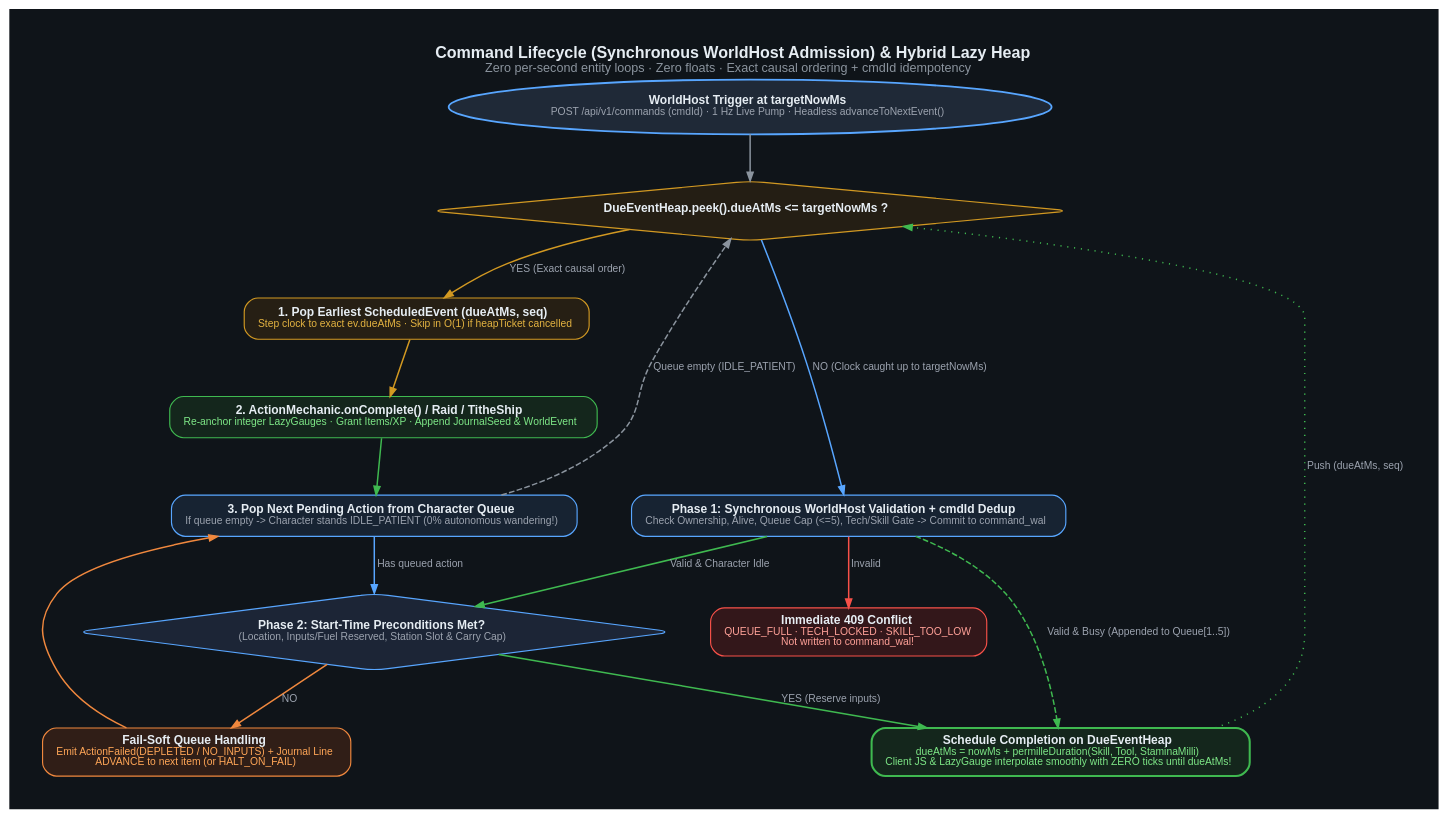
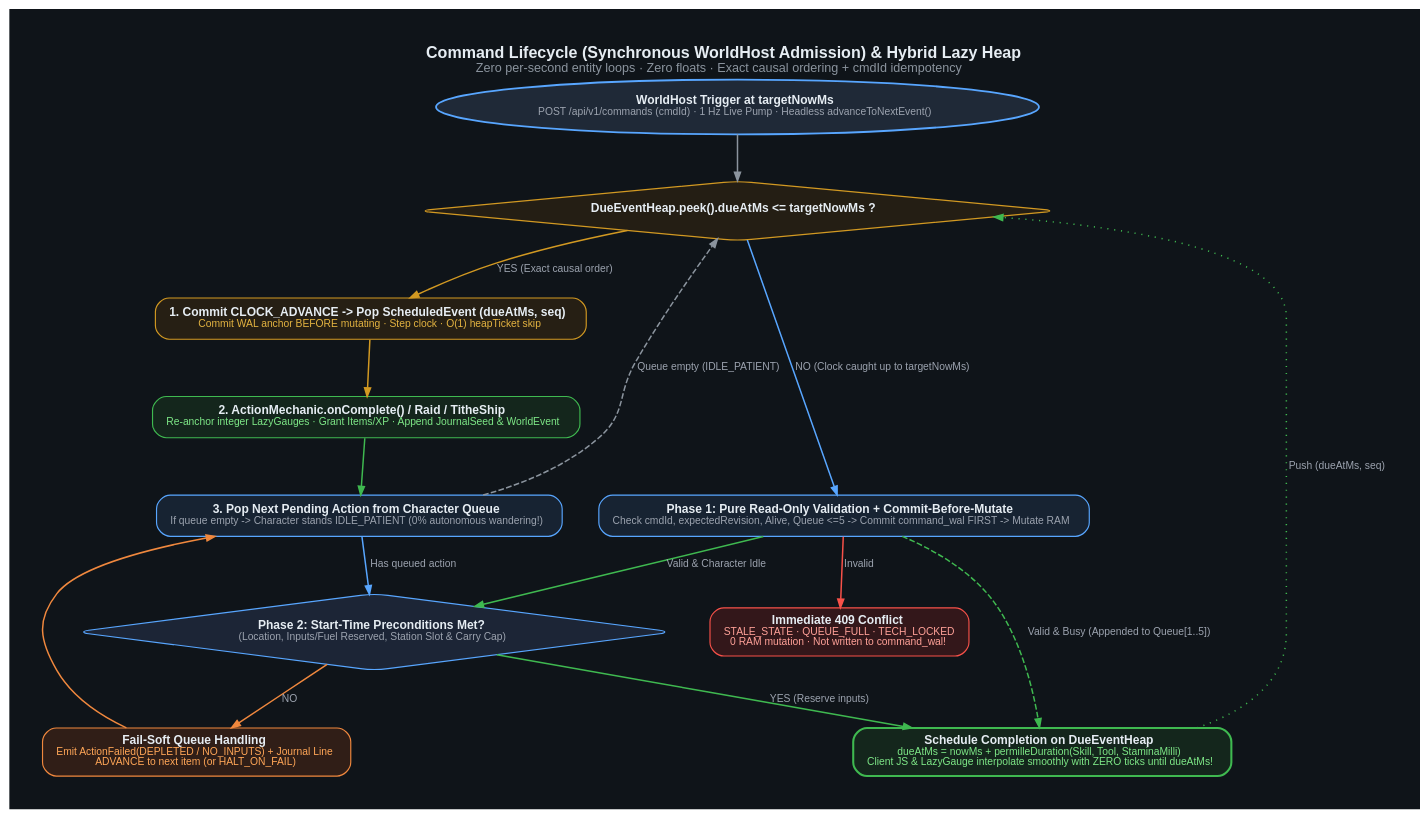
The diagram in planning/ironwood_wilds_planning/diagrams/03-command-and-lazy-heap-flow.dot (Lord-Windy/KotharWorks), drawn with Graphviz before and after one commit. The commit also changed 17 other files, not shown here.

```diff
--- a/planning/ironwood_wilds_planning/diagrams/03-command-and-lazy-heap-flow.dot
+++ b/planning/ironwood_wilds_planning/diagrams/03-command-and-lazy-heap-flow.dot
@@ -1,116 +1,116 @@
 digraph CommandAndLazyHeap {
     graph [
         rankdir=TB,
         bgcolor="#0f1419",
         fontname="Liberation Sans",
         fontsize=14,
         fontcolor="#e6edf3",
         label=<<b>Command Lifecycle (Synchronous WorldHost Admission) &amp; Hybrid Lazy Heap</b><br/><font point-size="11" color="#8b949e">Zero per-second entity loops · Zero floats · Exact causal ordering + cmdId idempotency</font>>,
         labelloc=t,
         pad="0.40",
         nodesep="0.45",
         ranksep="0.55"
     ];
 
     node [
         shape=box,
         style="rounded,filled",
         fontname="Liberation Sans",
         fontsize=10.5,
         fillcolor="#161b22",
         color="#30363d",
         fontcolor="#e6edf3",
         margin="0.16,0.10"
     ];
 
     edge [
         fontname="Liberation Sans",
         fontsize=9,
         color="#8b949e",
         fontcolor="#9ca3af",
         penwidth=1.3,
         arrowsize=0.75
     ];
 
     trigger [
         shape=oval,
         fillcolor="#1f2937",
         color="#58a6ff",
         penwidth=1.6,
         label=<<b>WorldHost Trigger at targetNowMs</b><br/><font point-size="9" color="#9ca3af">POST /api/v1/commands (cmdId) · 1 Hz Live Pump · Headless advanceToNextEvent()</font>>
     ];
 
     drain_check [
         shape=diamond,
         fillcolor="#241e14",
         color="#d29922",
         label=<<b>DueEventHeap.peek().dueAtMs &lt;= targetNowMs ?</b>>
     ];
 
     pop_event [
         fillcolor="#261f14",
         color="#d29922",
-        label=<<b>1. Pop Earliest ScheduledEvent (dueAtMs, seq)</b><br/><font point-size="9" color="#e3b341">Step clock to exact ev.dueAtMs · Skip in O(1) if heapTicket cancelled</font>>
+        label=<<b>1. Commit CLOCK_ADVANCE -&gt; Pop ScheduledEvent (dueAtMs, seq)</b><br/><font point-size="9" color="#e3b341">Commit WAL anchor BEFORE mutating · Step clock · O(1) heapTicket skip</font>>
     ];
 
     complete_action [
         fillcolor="#14261c",
         color="#3fb950",
         label=<<b>2. ActionMechanic.onComplete() / Raid / TitheShip</b><br/><font point-size="9" color="#7ee787">Re-anchor integer LazyGauges · Grant Items/XP · Append JournalSeed &amp; WorldEvent</font>>
     ];
 
     pop_next_queue [
         fillcolor="#172332",
         color="#58a6ff",
         label=<<b>3. Pop Next Pending Action from Character Queue</b><br/><font point-size="9" color="#9ca3af">If queue empty -&gt; Character stands IDLE_PATIENT (0% autonomous wandering!)</font>>
     ];
 
     phase1_val [
         fillcolor="#172332",
         color="#58a6ff",
-        label=<<b>Phase 1: Synchronous WorldHost Validation + cmdId Dedup</b><br/><font point-size="9" color="#9ca3af">Check Ownership, Alive, Queue Cap (&lt;=5), Tech/Skill Gate -&gt; Commit to command_wal</font>>
+        label=<<b>Phase 1: Pure Read-Only Validation + Commit-Before-Mutate</b><br/><font point-size="9" color="#9ca3af">Check cmdId, expectedRevision, Alive, Queue &lt;=5 -&gt; Commit command_wal FIRST -&gt; Mutate RAM</font>>
     ];
 
     reject_409 [
         fillcolor="#33171a",
         color="#f85149",
-        label=<<b>Immediate 409 Conflict</b><br/><font point-size="9" color="#ffa198">QUEUE_FULL · TECH_LOCKED · SKILL_TOO_LOW<br/>Not written to command_wal!</font>>
+        label=<<b>Immediate 409 Conflict</b><br/><font point-size="9" color="#ffa198">STALE_STATE · QUEUE_FULL · TECH_LOCKED<br/>0 RAM mutation · Not written to command_wal!</font>>
     ];
 
     phase2_val [
         shape=diamond,
         fillcolor="#1c2536",
         color="#58a6ff",
         label=<<b>Phase 2: Start-Time Preconditions Met?</b><br/><font point-size="9" color="#9ca3af">(Location, Inputs/Fuel Reserved, Station Slot &amp; Carry Cap)</font>>
     ];
 
     fail_soft [
         fillcolor="#301e17",
         color="#f0883e",
         label=<<b>Fail-Soft Queue Handling</b><br/><font point-size="9" color="#ffa657">Emit ActionFailed(DEPLETED / NO_INPUTS) + Journal Line<br/>ADVANCE to next item (or HALT_ON_FAIL)</font>>
     ];
 
     schedule_heap [
         fillcolor="#14261c",
         color="#3fb950",
         penwidth=1.8,
         label=<<b>Schedule Completion on DueEventHeap</b><br/><font point-size="9" color="#7ee787">dueAtMs = nowMs + permilleDuration(Skill, Tool, StaminaMilli)<br/>Client JS &amp; LazyGauge interpolate smoothly with ZERO ticks until dueAtMs!</font>>
     ];
 
     trigger -> drain_check;
     drain_check -> pop_event [label=" YES (Exact causal order)", color="#d29922"];
     pop_event -> complete_action [color="#d29922"];
     complete_action -> pop_next_queue [color="#3fb950"];
     pop_next_queue -> phase2_val [label=" Has queued action", color="#58a6ff"];
     pop_next_queue -> drain_check [label=" Queue empty (IDLE_PATIENT)", style=dashed];
 
     drain_check -> phase1_val [label=" NO (Clock caught up to targetNowMs)", color="#58a6ff"];
     phase1_val -> reject_409 [label=" Invalid", color="#f85149"];
     phase1_val -> phase2_val [label=" Valid &amp; Character Idle", color="#3fb950"];
     phase1_val -> schedule_heap [label=" Valid &amp; Busy (Appended to Queue[1..5])", style=dashed, color="#3fb950"];
 
     phase2_val -> schedule_heap [label=" YES (Reserve inputs)", color="#3fb950"];
     phase2_val -> fail_soft [label=" NO", color="#f0883e"];
     fail_soft -> pop_next_queue [color="#f0883e"];
     schedule_heap -> drain_check [label=" Push (dueAtMs, seq)", style=dotted, color="#3fb950"];
 }
```
